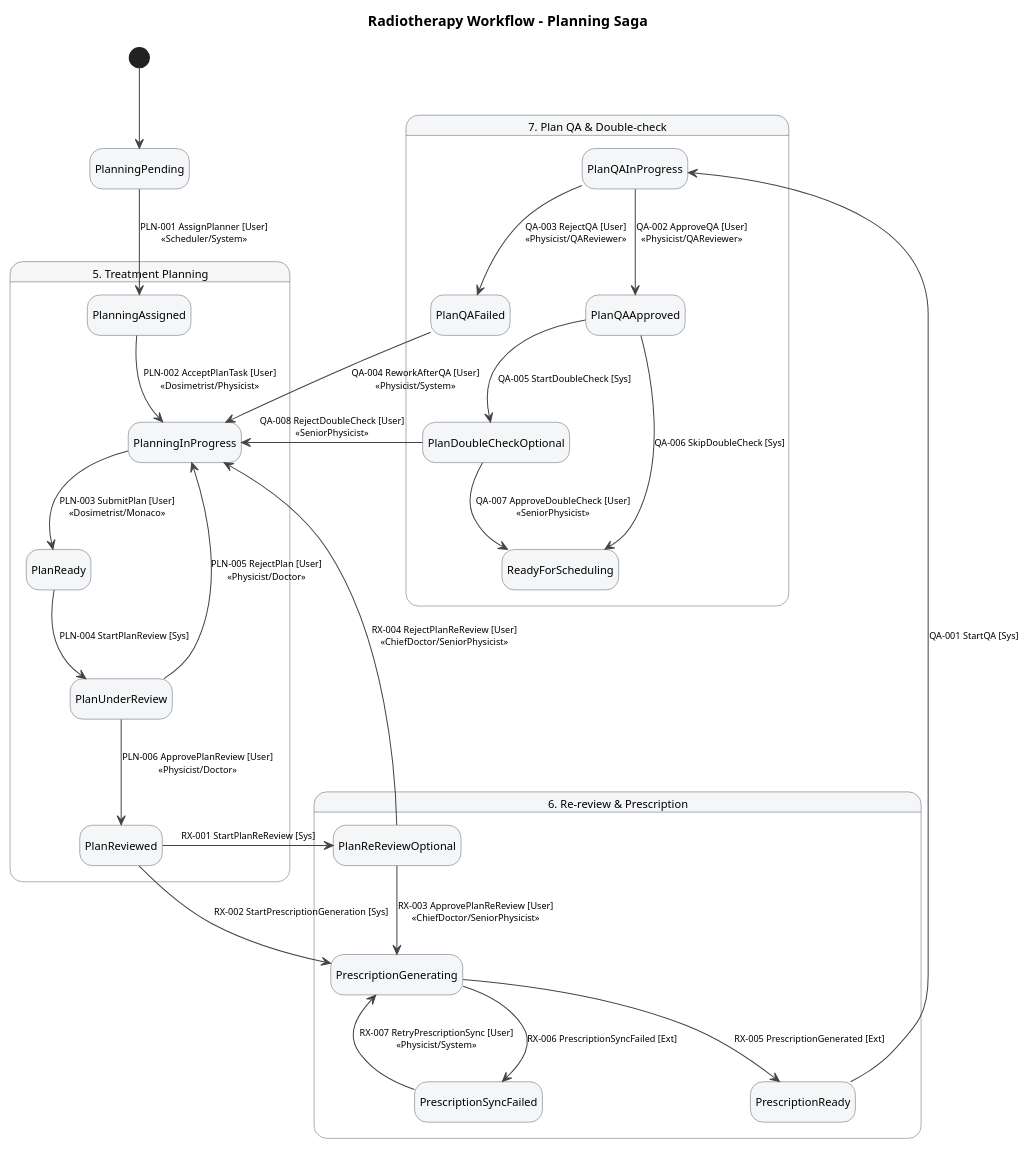
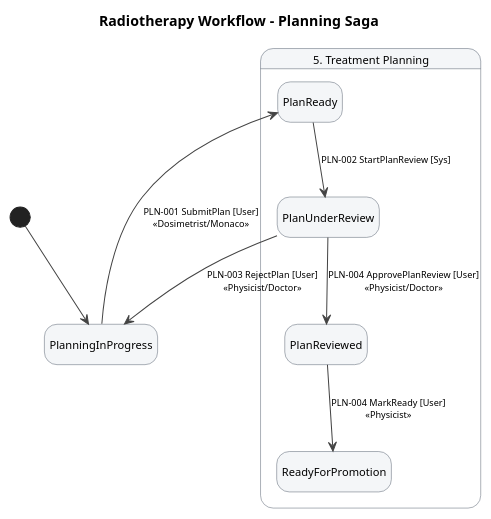
The diagram in docs/workflow/generated/planning-saga.puml (daniel-robot/wfmgr), drawn with PlantUML before and after one commit. The commit also changed 2 other files, not shown here.

```diff
--- a/docs/workflow/generated/planning-saga.puml
+++ b/docs/workflow/generated/planning-saga.puml
@@ -1,67 +1,33 @@
 @startuml
 title Radiotherapy Workflow – Planning Saga
 
 hide empty description
 
 skinparam DefaultFontName Arial
 skinparam Shadowing false
 skinparam ArrowColor #444444
 skinparam state {
   BackgroundColor #F4F6F8
   BorderColor #5A6473
   FontSize 11
   ArrowFontSize 9
   ArrowColor #444444
 }
 
-[*] --> PlanningPending
+[*] --> PlanningInProgress
 
 state "5. Treatment Planning" as PLN {
-  state PlanningPending
-  state PlanningAssigned
   state PlanningInProgress
   state PlanReady
   state PlanUnderReview
   state PlanReviewed
-}
-
-state "6. Re-review & Prescription" as RX {
-  state PlanReReviewOptional
-  state PrescriptionGenerating
-  state PrescriptionReady
-  state PrescriptionSyncFailed
-}
-
-state "7. Plan QA & Double-check" as QA {
-  state PlanQAInProgress
-  state PlanQAApproved
-  state PlanQAFailed
-  state PlanDoubleCheckOptional
-  state ReadyForScheduling
+  state ReadyForPromotion
 }
 
 ' ─── Transitions ─────────────────────────
-PlanningPending --> PlanningAssigned : PLN-001 AssignPlanner [User]\n«Scheduler/System»
-PlanningAssigned --> PlanningInProgress : PLN-002 AcceptPlanTask [User]\n«Dosimetrist/Physicist»
-PlanningInProgress --> PlanReady : PLN-003 SubmitPlan [User]\n«Dosimetrist/Monaco»
-PlanReady --> PlanUnderReview : PLN-004 StartPlanReview [Sys]
-PlanUnderReview --> PlanningInProgress : PLN-005 RejectPlan [User]\n«Physicist/Doctor»
-PlanUnderReview --> PlanReviewed : PLN-006 ApprovePlanReview [User]\n«Physicist/Doctor»
-PlanReviewed --> PlanReReviewOptional : RX-001 StartPlanReReview [Sys]
-PlanReviewed --> PrescriptionGenerating : RX-002 StartPrescriptionGeneration [Sys]
-PlanReReviewOptional --> PrescriptionGenerating : RX-003 ApprovePlanReReview [User]\n«ChiefDoctor/SeniorPhysicist»
-PlanReReviewOptional --> PlanningInProgress : RX-004 RejectPlanReReview [User]\n«ChiefDoctor/SeniorPhysicist»
-PrescriptionGenerating --> PrescriptionReady : RX-005 PrescriptionGenerated [Ext]
-PrescriptionGenerating --> PrescriptionSyncFailed : RX-006 PrescriptionSyncFailed [Ext]
-PrescriptionSyncFailed --> PrescriptionGenerating : RX-007 RetryPrescriptionSync [User]\n«Physicist/System»
-PrescriptionReady --> PlanQAInProgress : QA-001 StartQA [Sys]
-PlanQAInProgress --> PlanQAApproved : QA-002 ApproveQA [User]\n«Physicist/QAReviewer»
-PlanQAInProgress --> PlanQAFailed : QA-003 RejectQA [User]\n«Physicist/QAReviewer»
-PlanQAFailed --> PlanningInProgress : QA-004 ReworkAfterQA [User]\n«Physicist/System»
-PlanQAApproved --> PlanDoubleCheckOptional : QA-005 StartDoubleCheck [Sys]
-PlanQAApproved --> ReadyForScheduling : QA-006 SkipDoubleCheck [Sys]
-PlanDoubleCheckOptional --> ReadyForScheduling : QA-007 ApproveDoubleCheck [User]\n«SeniorPhysicist»
-PlanDoubleCheckOptional --> PlanningInProgress : QA-008 RejectDoubleCheck [User]\n«SeniorPhysicist»
-
-
+PlanningInProgress --> PlanReady : PLN-001 SubmitPlan [User]\n«Dosimetrist/Monaco»
+PlanReady --> PlanUnderReview : PLN-002 StartPlanReview [Sys]
+PlanUnderReview --> PlanningInProgress : PLN-003 RejectPlan [User]\n«Physicist/Doctor»
+PlanUnderReview --> PlanReviewed : PLN-004 ApprovePlanReview [User]\n«Physicist/Doctor»
+PlanReviewed  --> ReadyForPromotion : PLN-004 MarkReady [User]\n«Physicist»
 @enduml
```
